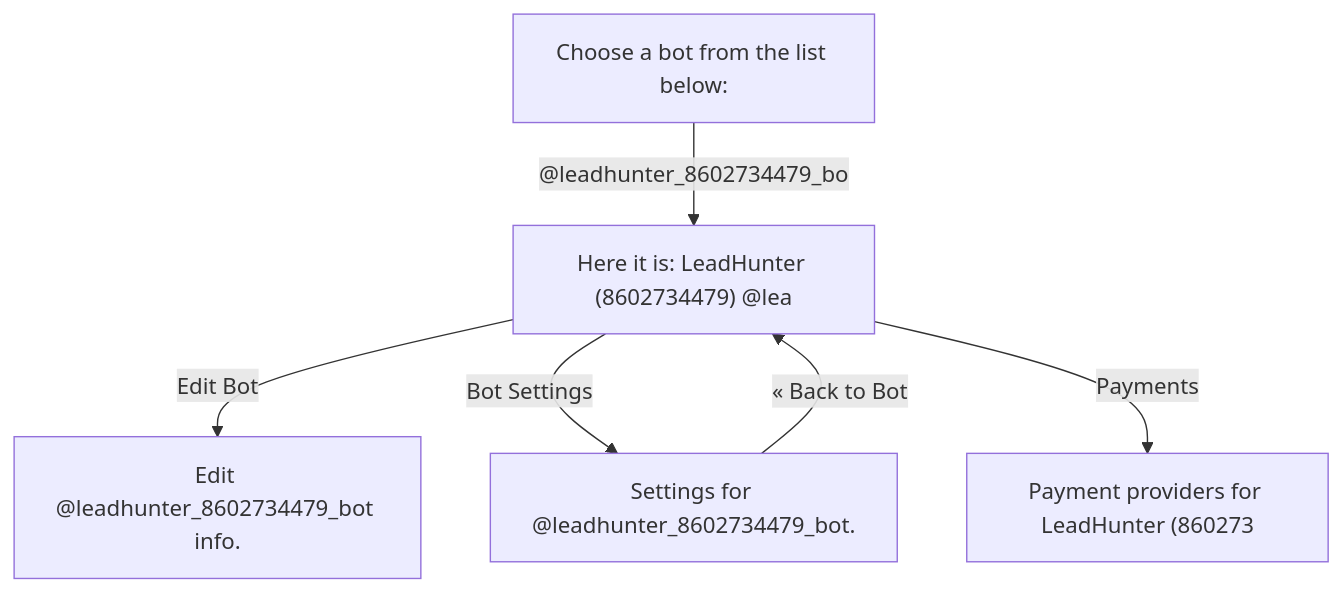
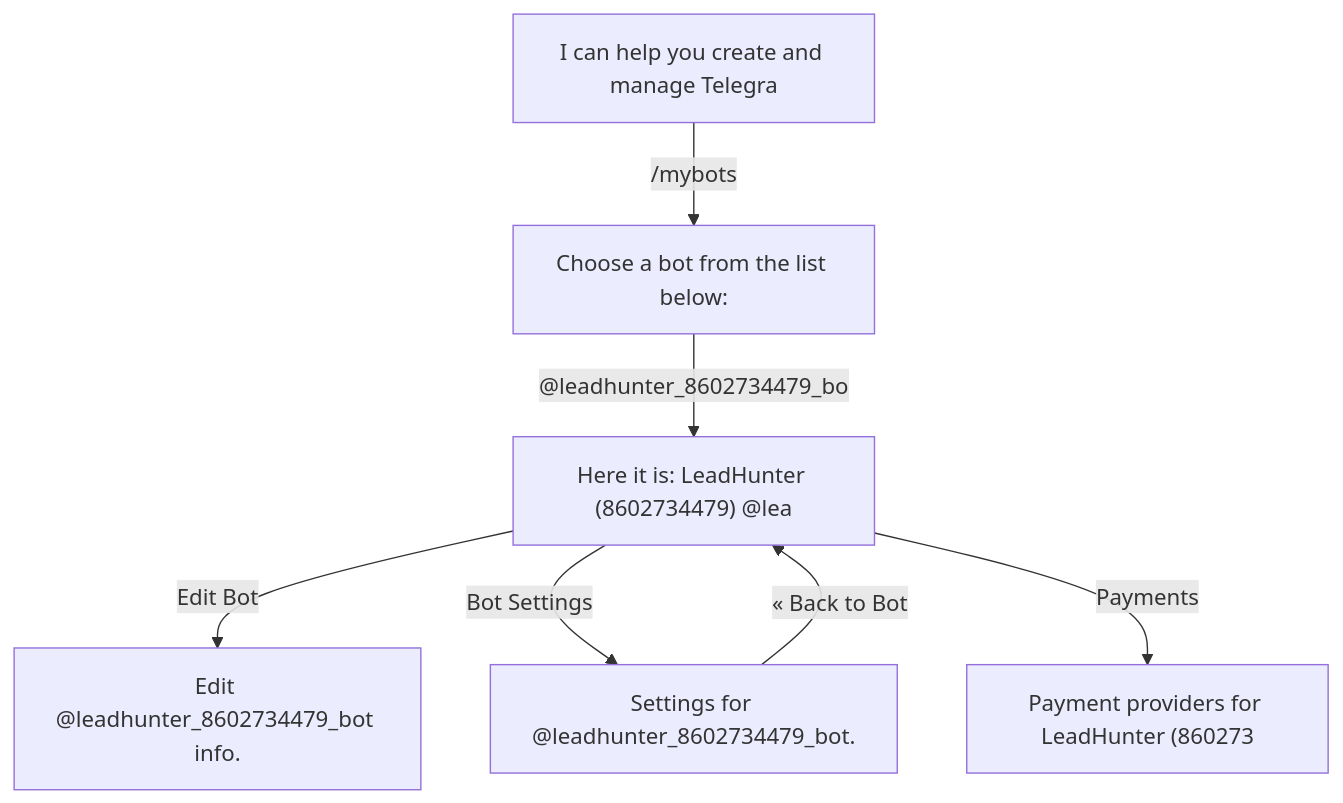
Before and after one commit to axisrow/tg-use: the diagram in artifacts/flow.md, drawn with Mermaid. The commit also changed 8 other files, not shown here.

````diff
--- a/artifacts/flow.md
+++ b/artifacts/flow.md
@@ -3,13 +3,15 @@
 ```mermaid
 flowchart TD
     7b5c2e5e["Choose a bot from the list below:"]
     b11800b2["Here it is: LeadHunter (8602734479) @lea"]
     8494ab00["Edit @leadhunter_8602734479_bot info."]
     64145c11["Settings for @leadhunter_8602734479_bot."]
     bb02a8da["Payment providers for LeadHunter (860273"]
+    b3d2d97c["I can help you create and manage Telegra"]
     7b5c2e5e -->|"@leadhunter_8602734479_bo"| b11800b2
     b11800b2 -->|"Edit Bot"| 8494ab00
     b11800b2 -->|"Bot Settings"| 64145c11
     64145c11 -->|"« Back to Bot"| b11800b2
     b11800b2 -->|"Payments"| bb02a8da
+    b3d2d97c -->|"/mybots"| 7b5c2e5e
 ```
````
